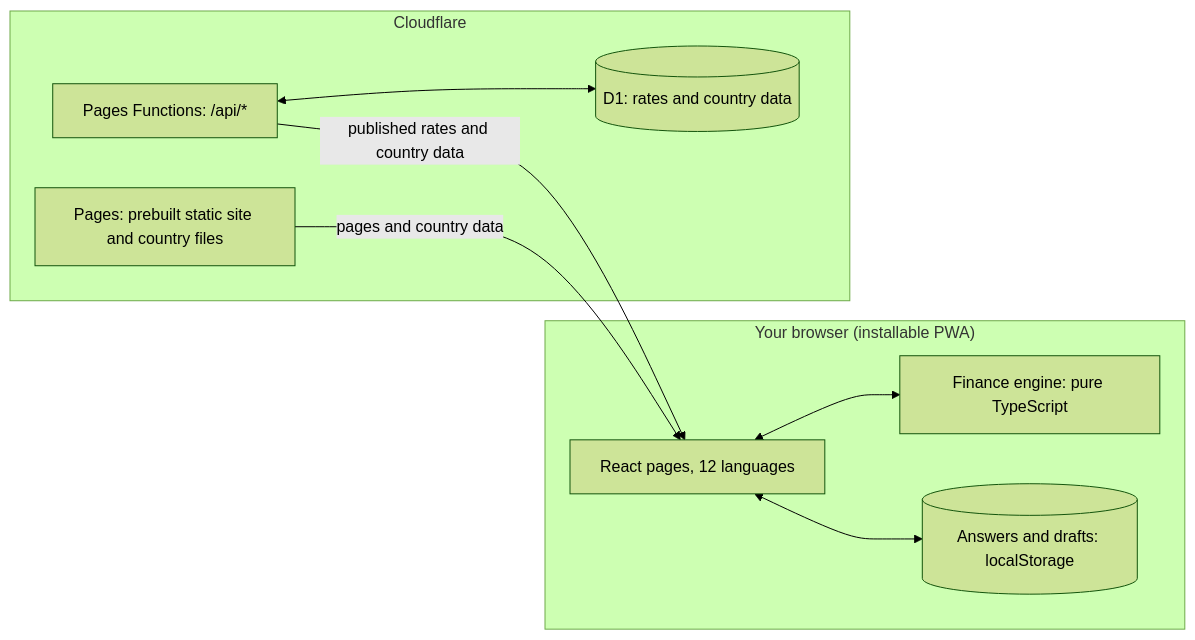
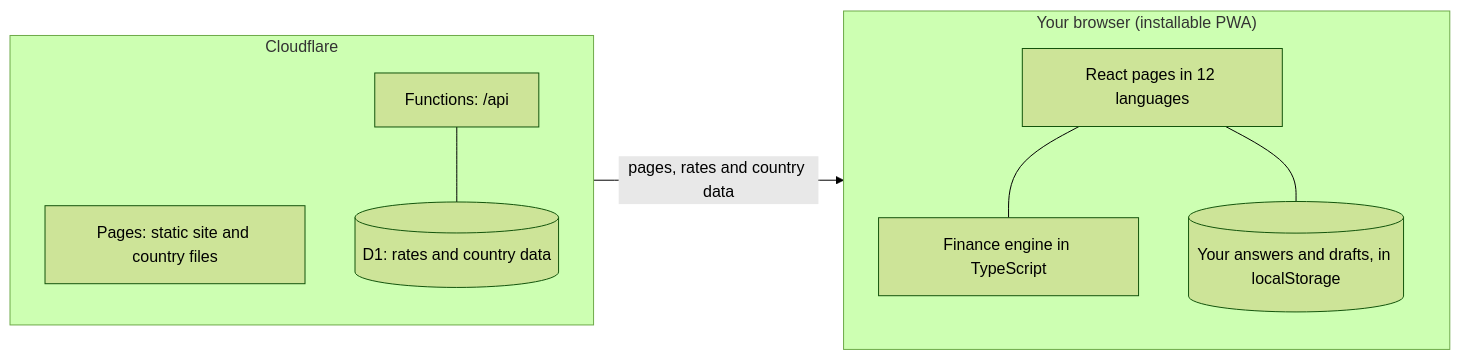
Before and after one commit to sm-supports/taka-plan: the diagram in README.md, drawn with Mermaid (forest theme). The commit also changed other lines of this file, not shown here.

Commit message:
README: keep the screenshots on one row and simplify the diagram

````diff
--- a/README.md
+++ b/README.md
@@ -105,18 +105,19 @@
 ```mermaid
 flowchart LR
+  subgraph CF["Cloudflare"]
+    direction TB
+    Pages["Pages: static site and country files"]
+    Fn["Functions: /api"]
+    D1[("D1: rates and country data")]
+    Fn --- D1
+  end
   subgraph Device["Your browser (installable PWA)"]
-    UI["React pages, 12 languages"]
-    Engine["Finance engine: pure TypeScript"]
-    Store[("Answers and drafts: localStorage")]
-    UI <--> Engine
-    UI <--> Store
+    direction TB
+    UI["React pages in 12 languages"]
+    Engine["Finance engine in TypeScript"]
+    Store[("Your answers and drafts, in localStorage")]
+    UI --- Engine
+    UI --- Store
   end
-  subgraph CF["Cloudflare"]
-    Pages["Pages: prebuilt static site and country files"]
-    Fn["Pages Functions: /api/*"]
-    D1[("D1: rates and country data")]
-    Fn <--> D1
-  end
-  Pages -- "pages and country data" --> UI
-  Fn -- "published rates and country data" --> UI
+  CF -- "pages, rates and country data" --> Device
 ```
````
